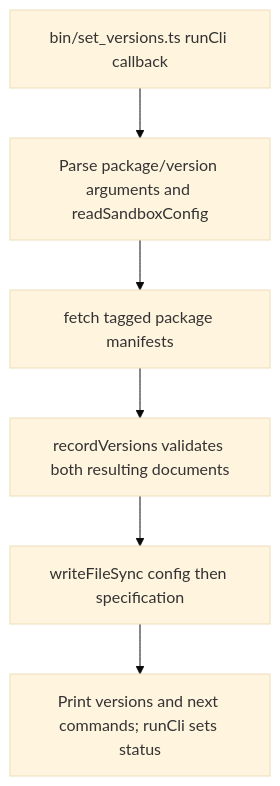
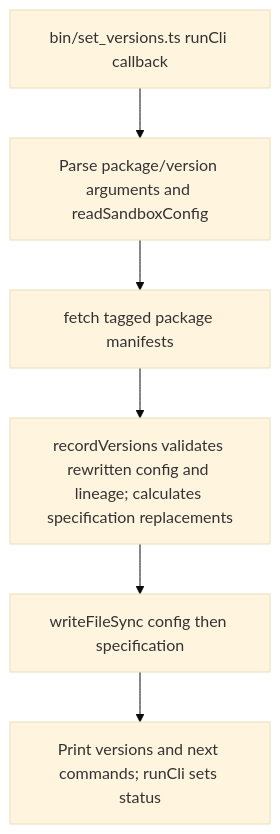
One commit to Kevinjohn/oss-adonisjs-starter-examples changed the second of 2 diagrams in user-stories/operations/us-ops-07-record-release-versions.md. Above: the diagram before and after it, drawn with Mermaid (base theme). The commit also changed 22 other files, not shown here.

````diff
--- a/user-stories/operations/us-ops-07-record-release-versions.md
+++ b/user-stories/operations/us-ops-07-record-release-versions.md
@@ -33,8 +33,8 @@
 ```mermaid
 flowchart TD
     A["bin/set_versions.ts runCli callback"] --> B["Parse package/version arguments and readSandboxConfig"]
     B --> C["fetch tagged package manifests"]
-    C --> D["recordVersions validates both resulting documents"]
+    C --> D["recordVersions validates rewritten config and lineage; calculates specification replacements"]
     D --> E["writeFileSync config then specification"]
     E --> F["Print versions and next commands; runCli sets status"]
 ```
````
